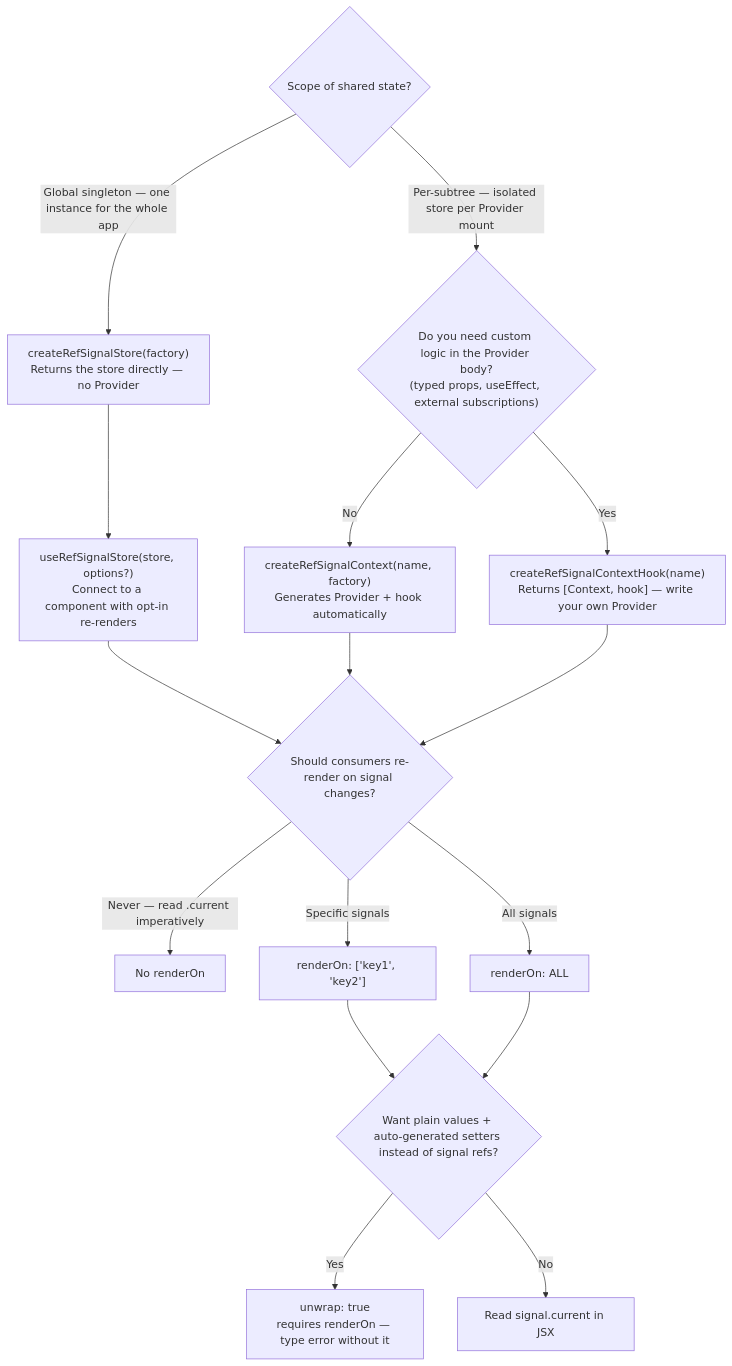
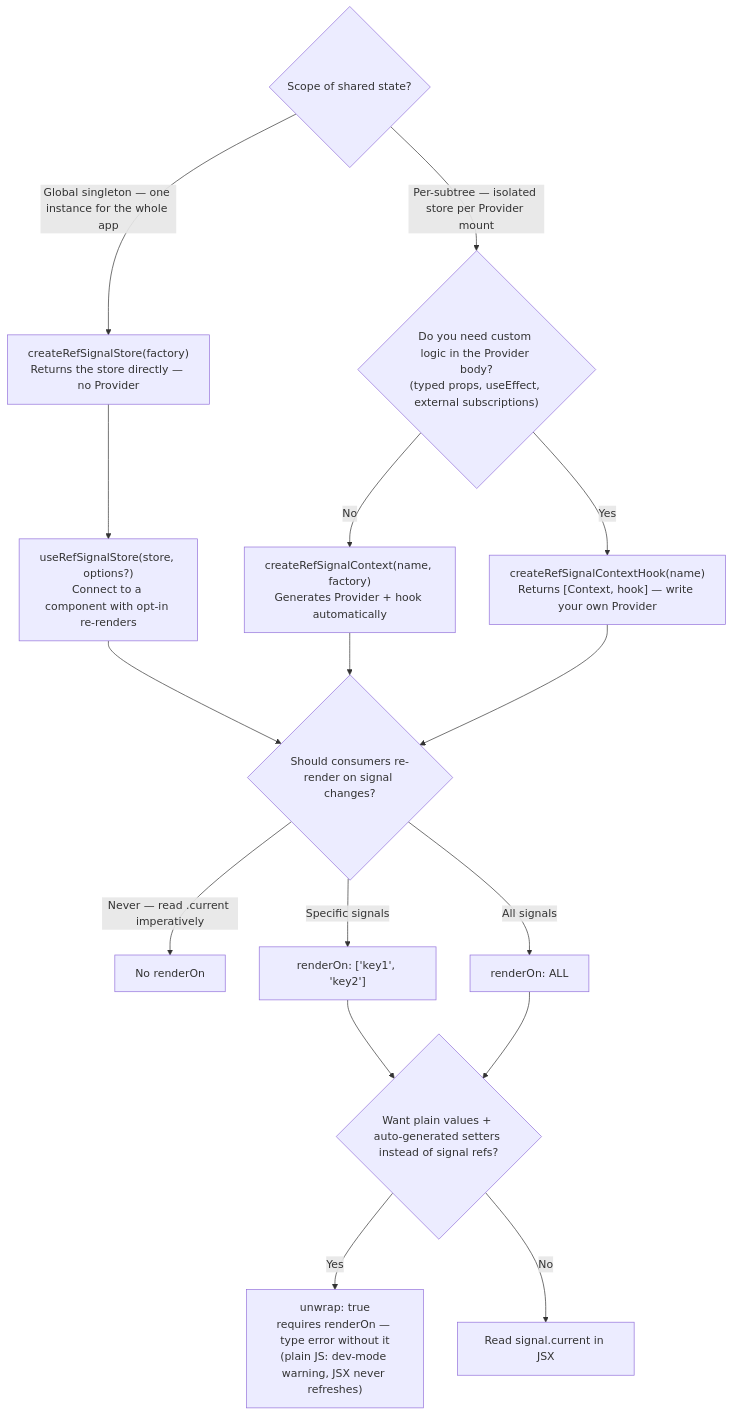
The eighth of 12 diagrams in docs/decision-tree.md (jav974/react-refsignal), drawn with Mermaid before and after one commit. The commit also changed other lines of this file and 6 other files, not shown here.

````diff
--- a/docs/decision-tree.md
+++ b/docs/decision-tree.md
@@ -184,21 +184,21 @@
 ```mermaid
 flowchart TD
     Q1{"Scope of shared state?"}
     Q1 -->|"Global singleton — one instance for the whole app"| A["createRefSignalStore(factory)\nReturns the store directly — no Provider"]
     Q1 -->|"Per-subtree — isolated store per Provider mount"| Q2
 
     A --> B["useRefSignalStore(store, options?)\nConnect to a component with opt-in re-renders"]
 
     Q2{"Do you need custom logic in the Provider body?\n(typed props, useEffect, external subscriptions)"}
     Q2 -->|No| C["createRefSignalContext(name, factory)\nGenerates Provider + hook automatically"]
     Q2 -->|Yes| D["createRefSignalContextHook(name)\nReturns [Context, hook] — write your own Provider"]
 
     B & C & D --> Q3{"Should consumers re-render on signal changes?"}
     Q3 -->|"Never — read .current imperatively"| E["No renderOn"]
     Q3 -->|Specific signals| F["renderOn: ['key1', 'key2']"]
     Q3 -->|All signals| G["renderOn: ALL"]
 
     F & G --> Q4{"Want plain values + auto-generated setters instead of signal refs?"}
-    Q4 -->|Yes| H["unwrap: true\nrequires renderOn — type error without it"]
+    Q4 -->|Yes| H["unwrap: true\nrequires renderOn — type error without it\n(plain JS: dev-mode warning, JSX never refreshes)"]
     Q4 -->|No| I["Read signal.current in JSX"]
 ```
````
